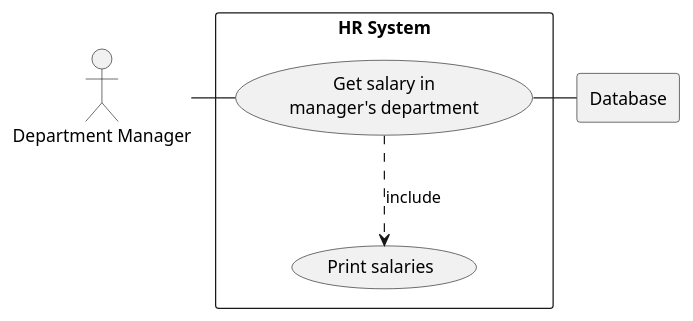
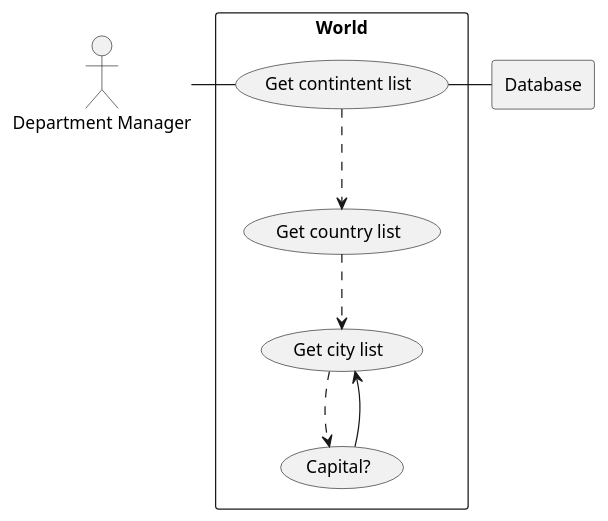
One commit to Carlosjr5/sem changed the diagram in use-cases/Issue13.puml. Above: the diagram before and after it, drawn with PlantUML.

Commit message:
Started puml graph

```diff
--- a/use-cases/Issue13.puml
+++ b/use-cases/Issue13.puml
@@ -1,19 +1,25 @@
 @startuml
 'https://plantuml.com/sequence-diagram
 actor HR as "Department Manager"
 
 rectangle Database
 
-rectangle "HR System" {
-    usecase UC4 as "Get salary in
-    manager's department"
+rectangle "World" {
+    usecase UC3 as "Get contintent list"
+
+    usecase UC4 as "Get country list"
+
+    usecase UC5 as "Get city list"
+
+    usecase UC6 as "Capital?"
 
 
-    usecase UCa as "Print salaries"
-
-    HR - UC4
-    UC4 ..> UCa : include
-    UC4 - Database
+    HR - UC3
+    UC3 ..> UC4
+    UC4 ..> UC5
+    UC5 ..> UC6
+    UC6 -> UC5
+    UC3 - Database
 }
 
 @enduml
```
